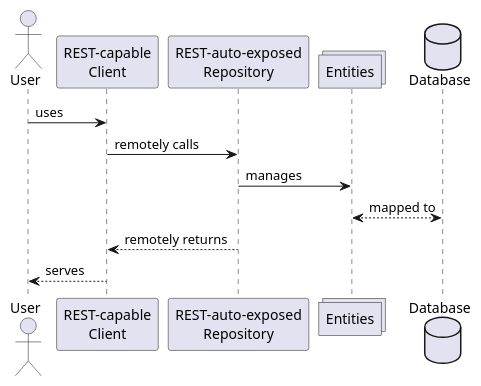
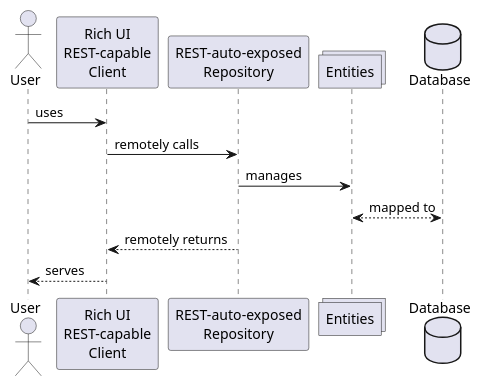
Before and after one commit to oiraqi/xcommerce-monolithic: the diagram in initial/src/main/resources/diagram.sequence.1.rcc.simple.wsd, drawn with PlantUML. The commit also changed 10 other files, not shown here.

```diff
--- a/initial/src/main/resources/diagram.sequence.1.rcc.simple.wsd
+++ b/initial/src/main/resources/diagram.sequence.1.rcc.simple.wsd
@@ -1,13 +1,13 @@
 @startuml SequenceDiagram
-actor User as U
-participant "REST-capable\nClient" as RCC
-participant "REST-auto-exposed\nRepository" as R
-collections Entities as E
+actor User as User
+participant "Rich UI\nREST-capable\nClient" as Client
+participant "REST-auto-exposed\nRepository" as Repository
+collections Entities as Ent
 database Database as DB
-U -> RCC : uses
-RCC -> R : remotely calls
-R -> E : manages
-E <--> DB : mapped to
-R --> RCC : remotely returns
-RCC --> U : serves
+User -> Client : uses
+Client -> Repository : remotely calls
+Repository -> Ent : manages
+Ent <--> DB : mapped to
+Repository --> Client : remotely returns
+Client --> User : serves
 @enduml
```
